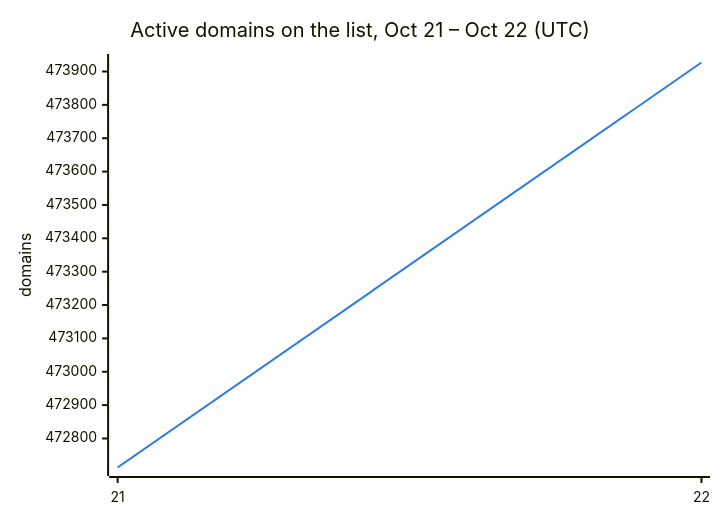
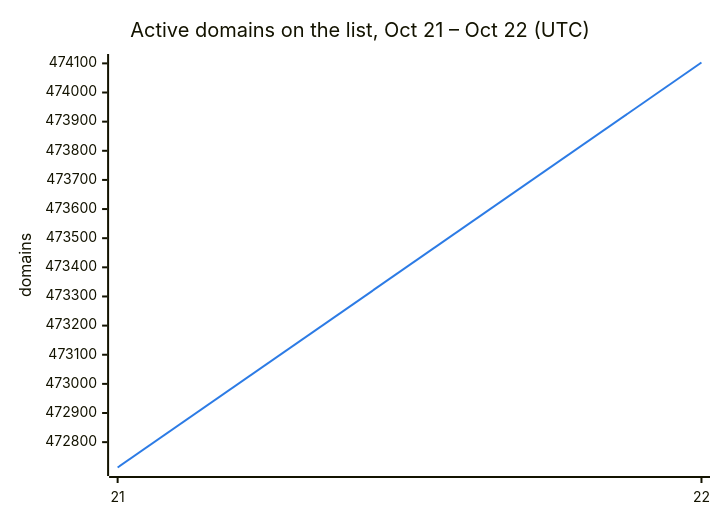
The second of 3 diagrams in README.md (DNSBunker/CTI), drawn with Mermaid before and after one commit. The commit also changed other lines of this file and 3 other files, not shown here.

````diff
--- a/README.md
+++ b/README.md
@@ -38,8 +38,8 @@
 ```mermaid
 %%{init: {"themeVariables": {"xyChart": {"plotColorPalette": "#2c7be5"}}}}%%
 xychart-beta
     title "Active domains on the list, Oct 21 – Oct 22 (UTC)"
     x-axis ["21", "22"]
     y-axis "domains"
-    line [472713, 473927]
+    line [472713, 474103]
 ```
````
